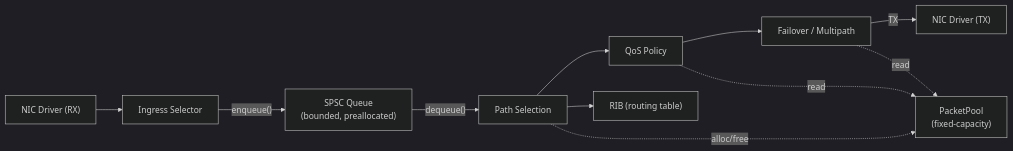
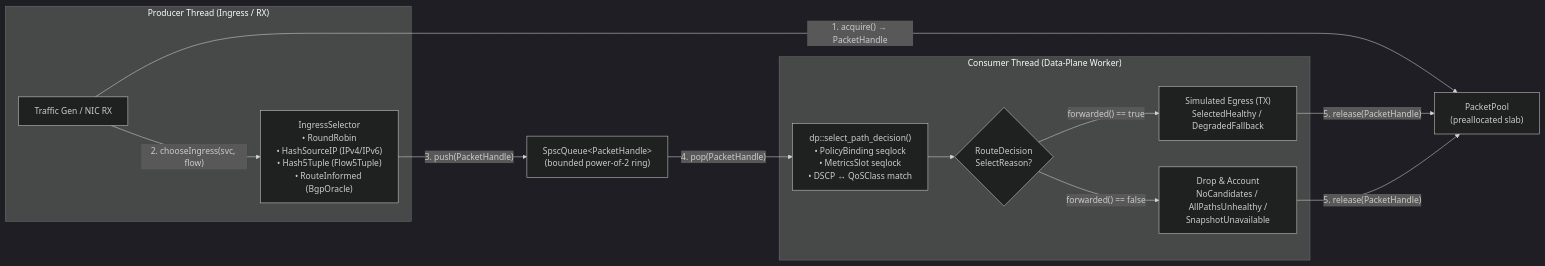
Before and after one commit to aftahi334/alpha-smart-router: the diagram in docs/diagrams/packet_flow.mmd, drawn with Mermaid (dark theme). The commit also changed 27 other files, not shown here.

First line of the commit message:
Complete v0.2.0 routing semantics, tests, and architecture diagrams

```diff
--- a/docs/diagrams/packet_flow.mmd
+++ b/docs/diagrams/packet_flow.mmd
@@ -1,24 +1,33 @@
 %% file: docs/diagrams/packet_flow.mmd
+%% Mermaid v10+ compatible, safe for mmdc
+
 flowchart LR
 
-%% Packet enters from NIC
-    NIC["NIC Driver (RX)"] --> INGRESS["Ingress Selector"]
+%% ================== PRODUCER (RX / INGRESS) ==================
+    subgraph RX["Producer Thread (Ingress / RX)"]
+        NIC["Traffic Gen / NIC RX"]
+        ING["IngressSelector<br/>• RoundRobin<br/>• HashSourceIP (IPv4/IPv6)<br/>• Hash5Tuple (Flow5Tuple)<br/>• RouteInformed (BgpOracle)"]
+    end
 
-%% Goes into queue
-    INGRESS -->|"enqueue()"| SPSC["SPSC Queue<br/>(bounded, preallocated)"]
+%% ================== MEMORY PRIMITIVES ==================
+    POOL["PacketPool<br/>(preallocated slab)"]
+    SPSC["SpscQueue&lt;PacketHandle&gt;<br/>(bounded power-of-2 ring)"]
 
-%% Routing logic consumes
-    SPSC -->|"dequeue()"| PS["Path Selection"]
-    PS --> QoS["QoS Policy"]
-    QoS --> FAIL["Failover / Multipath"]
+%% ================== CONSUMER (ROUTING / EGRESS) ==================
+    subgraph WORKER["Consumer Thread (Data-Plane Worker)"]
+        PB["dp::select_path_decision()<br/>• PolicyBinding seqlock<br/>• MetricsSlot seqlock<br/>• DSCP ↔ QoSClass match"]
+        OUT{"RouteDecision<br/>SelectReason?"}
+        TX["Simulated Egress (TX)<br/>SelectedHealthy / DegradedFallback"]
+        DROP["Drop &amp; Account<br/>NoCandidates / AllPathsUnhealthy /<br/>SnapshotUnavailable"]
+    end
 
-%% Consults routing table
-    PS --> RIB["RIB (routing table)"]
-
-%% Packet leaves
-    FAIL -->|"TX"| EGRESS["NIC Driver (TX)"]
-
-%% Memory flow
-    PS -. alloc/free .-> POOL["PacketPool<br/>(fixed-capacity)"]
-    QoS -. read .-> POOL
-    FAIL -. read .-> POOL
+%% ================== FLOW ==================
+    NIC -->|"1. acquire() → PacketHandle"| POOL
+    NIC -->|"2. chooseIngress(svc, flow)"| ING
+    ING -->|"3. push(PacketHandle)"| SPSC
+    SPSC -->|"4. pop(PacketHandle)"| PB
+    PB --> OUT
+    OUT -->|"forwarded() == true"| TX
+    OUT -->|"forwarded() == false"| DROP
+    TX -->|"5. release(PacketHandle)"| POOL
+    DROP -->|"5. release(PacketHandle)"| POOL
```
